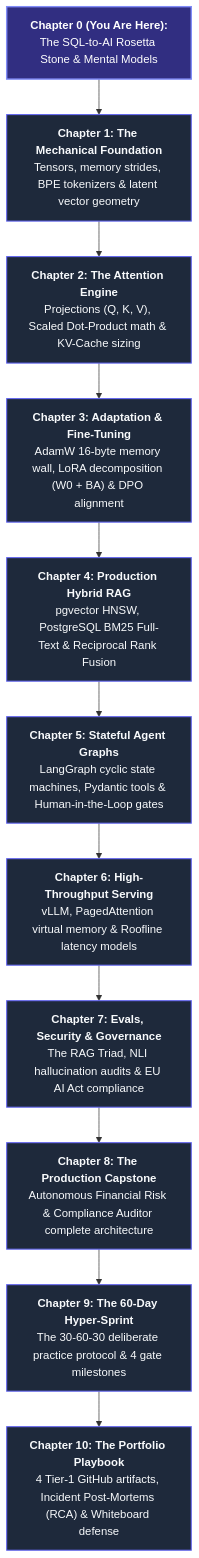
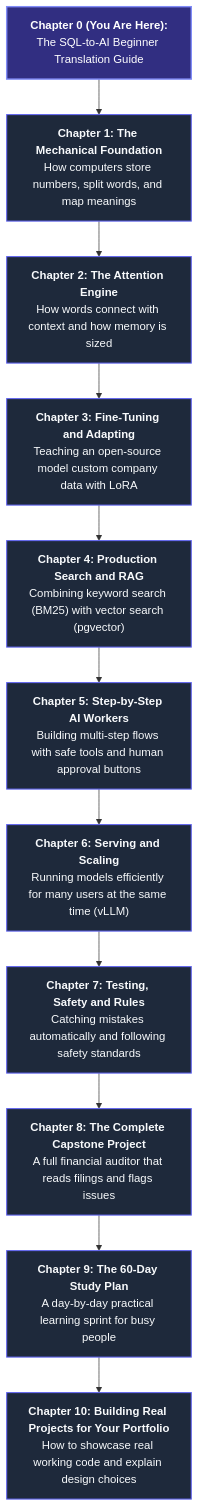
One commit to bidya271/ai-handbook changed the fourth of 4 diagrams in chapter_00_sql_to_ai_rosetta_stone.md. Above: the diagram before and after it, drawn with Mermaid. The commit also changed other lines of this file and 12 other files, not shown here.

````diff
--- a/chapter_00_sql_to_ai_rosetta_stone.md
+++ b/chapter_00_sql_to_ai_rosetta_stone.md
@@ -165,18 +182,18 @@
 ```mermaid
 flowchart TD
-    Ch0["<b>Chapter 0 (You Are Here):</b><br/>The SQL-to-AI Rosetta Stone & Mental Models"]
-    --> Ch1["<b>Chapter 1: The Mechanical Foundation</b><br/>Tensors, memory strides, BPE tokenizers & latent vector geometry"]
-    --> Ch2["<b>Chapter 2: The Attention Engine</b><br/>Projections (Q, K, V), Scaled Dot-Product math & KV-Cache sizing"]
-    --> Ch3["<b>Chapter 3: Adaptation & Fine-Tuning</b><br/>AdamW 16-byte memory wall, LoRA decomposition (W0 + BA) & DPO alignment"]
-    --> Ch4["<b>Chapter 4: Production Hybrid RAG</b><br/>pgvector HNSW, PostgreSQL BM25 Full-Text & Reciprocal Rank Fusion"]
-    --> Ch5["<b>Chapter 5: Stateful Agent Graphs</b><br/>LangGraph cyclic state machines, Pydantic tools & Human-in-the-Loop gates"]
-    --> Ch6["<b>Chapter 6: High-Throughput Serving</b><br/>vLLM, PagedAttention virtual memory & Roofline latency models"]
-    --> Ch7["<b>Chapter 7: Evals, Security & Governance</b><br/>The RAG Triad, NLI hallucination audits & EU AI Act compliance"]
-    --> Ch8["<b>Chapter 8: The Production Capstone</b><br/>Autonomous Financial Risk & Compliance Auditor complete architecture"]
-    --> Ch9["<b>Chapter 9: The 60-Day Hyper-Sprint</b><br/>The 30-60-30 deliberate practice protocol & 4 gate milestones"]
-    --> Ch10["<b>Chapter 10: The Portfolio Playbook</b><br/>4 Tier-1 GitHub artifacts, Incident Post-Mortems (RCA) & Whiteboard defense"]
+    Ch0["<b>Chapter 0 (You Are Here):</b><br/>The SQL-to-AI Beginner Translation Guide"]
+    --> Ch1["<b>Chapter 1: The Mechanical Foundation</b><br/>How computers store numbers, split words, and map meanings"]
+    --> Ch2["<b>Chapter 2: The Attention Engine</b><br/>How words connect with context and how memory is sized"]
+    --> Ch3["<b>Chapter 3: Fine-Tuning and Adapting</b><br/>Teaching an open-source model custom company data with LoRA"]
+    --> Ch4["<b>Chapter 4: Production Search and RAG</b><br/>Combining keyword search (BM25) with vector search (pgvector)"]
+    --> Ch5["<b>Chapter 5: Step-by-Step AI Workers</b><br/>Building multi-step flows with safe tools and human approval buttons"]
+    --> Ch6["<b>Chapter 6: Serving and Scaling</b><br/>Running models efficiently for many users at the same time (vLLM)"]
+    --> Ch7["<b>Chapter 7: Testing, Safety and Rules</b><br/>Catching mistakes automatically and following safety standards"]
+    --> Ch8["<b>Chapter 8: The Complete Capstone Project</b><br/>A full financial auditor that reads filings and flags issues"]
+    --> Ch9["<b>Chapter 9: The 60-Day Study Plan</b><br/>A day-by-day practical learning sprint for busy people"]
+    --> Ch10["<b>Chapter 10: Building Real Projects for Your Portfolio</b><br/>How to showcase real working code and explain design choices"]
 
     classDef default fill:#1e293b,stroke:#6366f1,stroke-width:1.5px,color:#f8fafc;
     classDef current fill:#312e81,stroke:#818cf8,stroke-width:2px,color:#ffffff;
     class Ch0 current;
 ```
````
